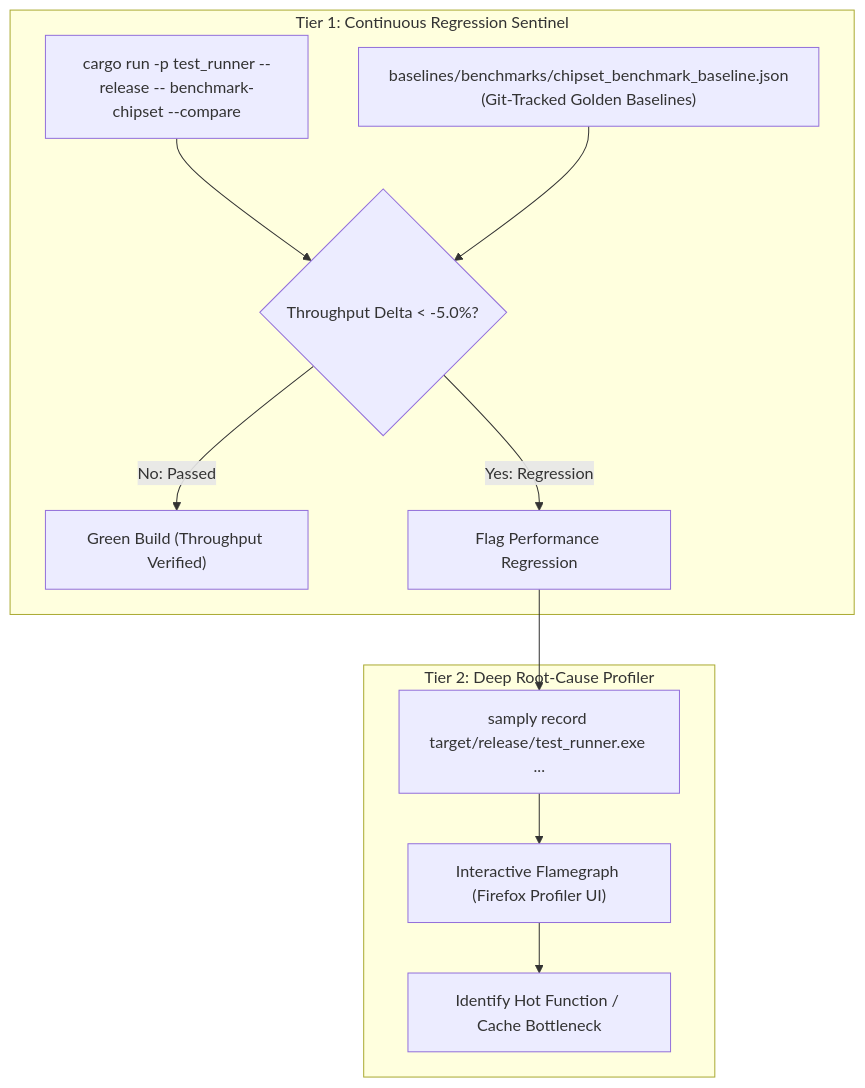
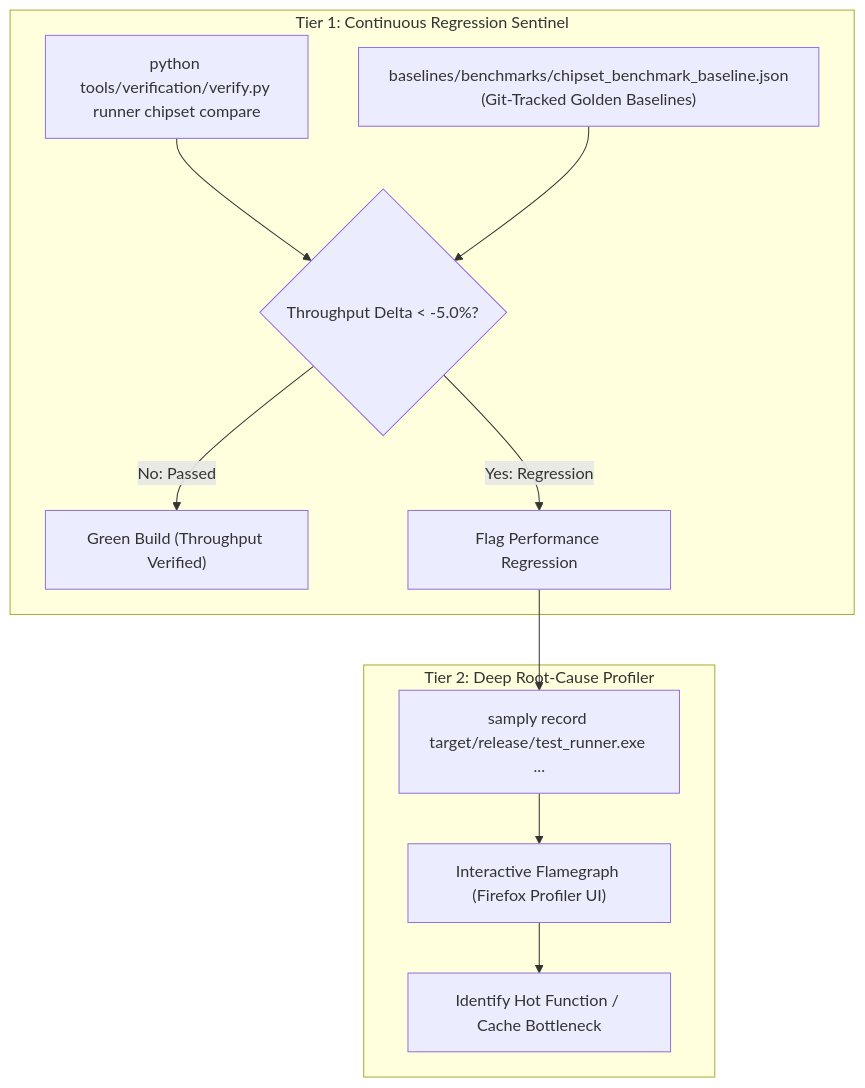
The diagram in Obsidian/Amiga/Design/Performance Profiling and Optimization Strategy.md (tomek-anuszkiewicz/amiga-studio), drawn with Mermaid before and after one commit. The commit also changed 67 other files, not shown here.

````diff
--- a/Obsidian/Amiga/Design/Performance Profiling and Optimization Strategy.md
+++ b/Obsidian/Amiga/Design/Performance Profiling and Optimization Strategy.md
@@ -33,19 +33,19 @@
 ```mermaid
 graph TD
     subgraph "Tier 1: Continuous Regression Sentinel"
-        RUN["cargo run -p test_runner --release -- benchmark-chipset --compare"]
+        RUN["python tools/verification/verify.py runner chipset compare"]
         GOLDEN["baselines/benchmarks/chipset_benchmark_baseline.json<br/>(Git-Tracked Golden Baselines)"]
         DELTA{"Throughput Delta < -5.0%?"}
 
         RUN --> DELTA
         GOLDEN --> DELTA
         DELTA -->|No: Passed| OK["Green Build (Throughput Verified)"]
         DELTA -->|Yes: Regression| FAIL["Flag Performance Regression"]
     end
 
     subgraph "Tier 2: Deep Root-Cause Profiler"
         FAIL --> PROFILE["samply record target/release/test_runner.exe ..."]
         PROFILE --> FLAME["Interactive Flamegraph (Firefox Profiler UI)"]
         FLAME --> HOTSPOT["Identify Hot Function / Cache Bottleneck"]
     end
 ```
````
